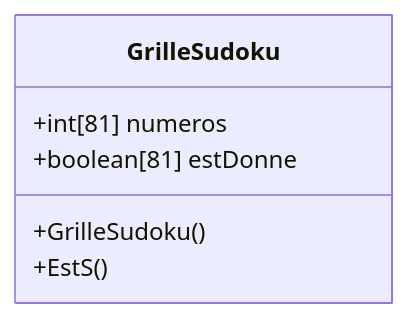
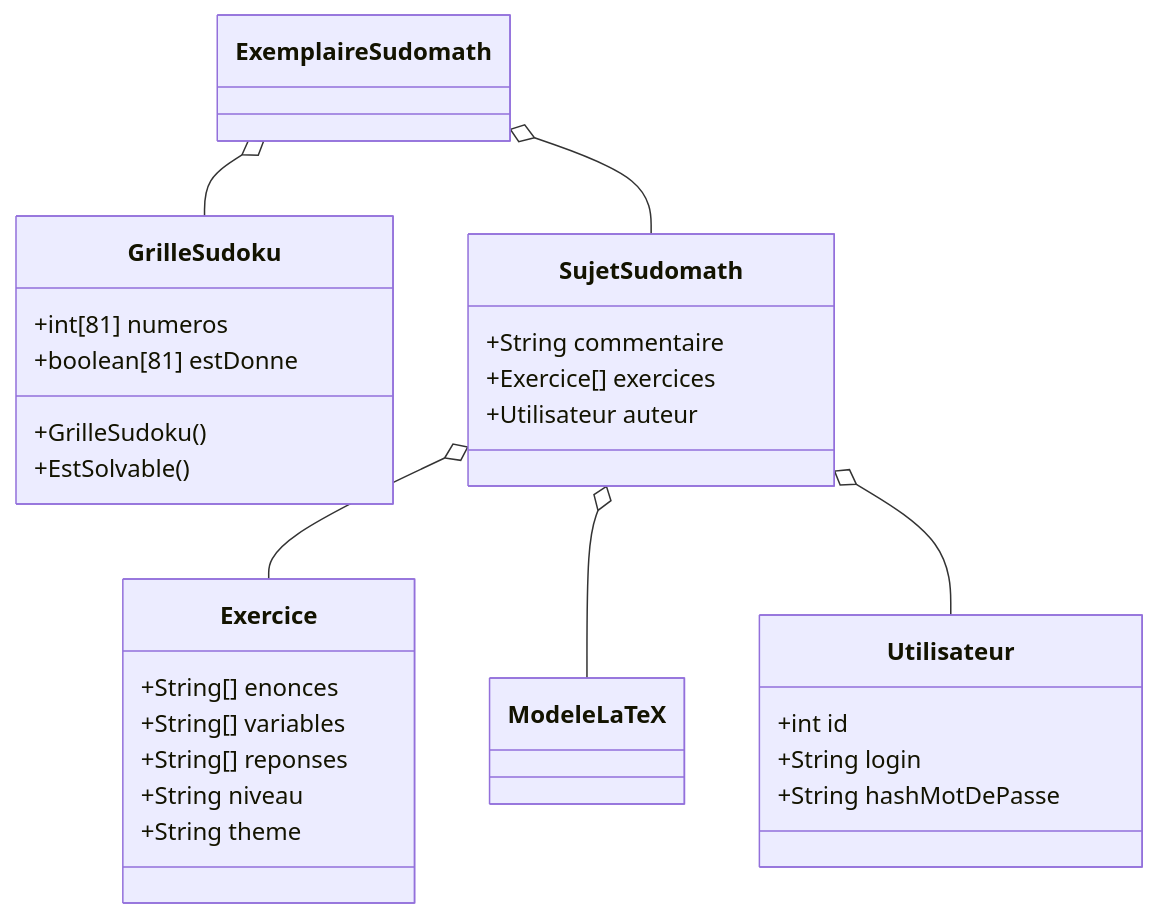
Before and after one commit to ndebarle/SudoMath: the diagram in modelisation.md, drawn with Mermaid. The commit also changed other lines of this file, not shown here.

Commit message:
diagramme de classes, suite

````diff
--- a/modelisation.md
+++ b/modelisation.md
@@ -3,9 +3,29 @@
 ```mermaid
     classDiagram
     class GrilleSudoku
     GrilleSudoku : +int[81] numeros
     GrilleSudoku : +boolean[81] estDonne
     GrilleSudoku : +GrilleSudoku()
-    GrilleSudoku : +EstS()
+    GrilleSudoku : +EstSolvable()
+    class SujetSudomath
+    SujetSudomath : +String commentaire
+    SujetSudomath : +Exercice[] exercices
+    SujetSudomath : +Utilisateur auteur
+    class Exercice
+    Exercice : +String[] enonces
+    Exercice : +String[] variables
+    Exercice : +String[] reponses
+    Exercice : +String niveau
+    Exercice : +String theme
+    SujetSudomath o-- Exercice
+    SujetSudomath o-- ModeleLaTeX
+    SujetSudomath o-- Utilisateur
+    class Utilisateur
+    Utilisateur : +int id
+    Utilisateur : +String login
+    Utilisateur : +String hashMotDePasse
+    class ExemplaireSudomath
+    ExemplaireSudomath o-- GrilleSudoku
+    ExemplaireSudomath o-- SujetSudomath
 
 ```
````
